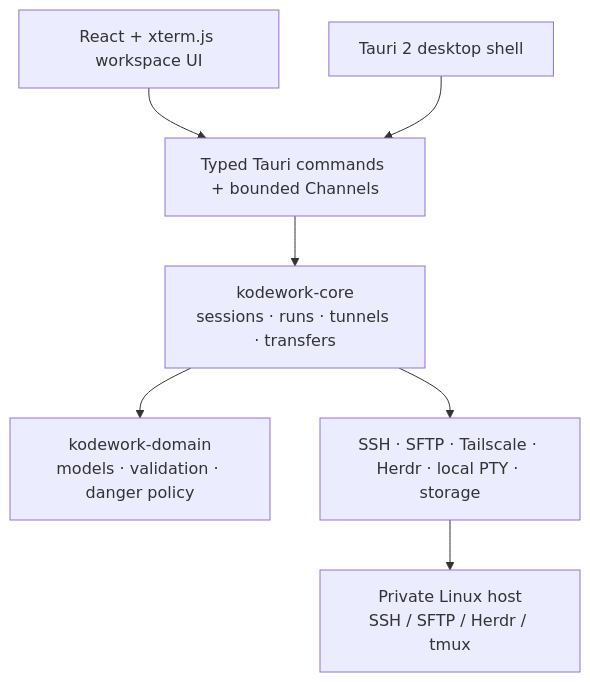
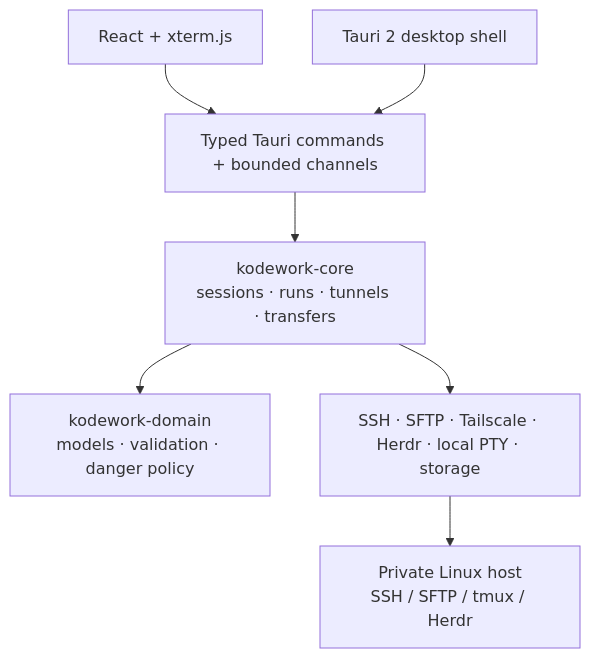
The diagram in README.md (likangmax/KodeWork), drawn with Mermaid before and after one commit. The commit also changed other lines of this file and 16 other files, not shown here.

````diff
--- a/README.md
+++ b/README.md
@@ -77,9 +112,9 @@
 ```mermaid
 flowchart TB
-  UI[React + xterm.js workspace UI] --> IPC[Typed Tauri commands + bounded Channels]
+  UI[React + xterm.js] --> IPC[Typed Tauri commands + bounded channels]
   Shell[Tauri 2 desktop shell] --> IPC
   IPC --> Core[kodework-core\nsessions · runs · tunnels · transfers]
   Core --> Domain[kodework-domain\nmodels · validation · danger policy]
   Core --> Adapters[SSH · SFTP · Tailscale · Herdr · local PTY · storage]
-  Adapters --> Host[Private Linux host\nSSH / SFTP / Herdr / tmux]
+  Adapters --> Host[Private Linux host\nSSH / SFTP / tmux / Herdr]
 ```
````
